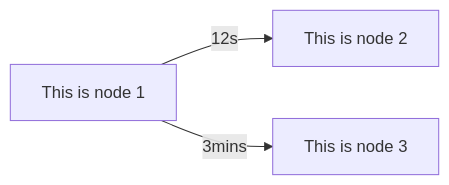
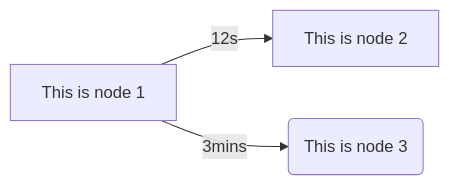
The diagram in README.md (samsmithnz/MermaidDotNet), drawn with Mermaid before and after one commit. The commit also changed other lines of this file, not shown here.

````diff
--- a/README.md
+++ b/README.md
@@ -38,8 +38,8 @@
 ```mermaid  
 flowchart LR
     node1[This is node 1]
     node2[This is node 2]
-    node3[This is node 3]
+    node3(This is node 3)
     node1--12s-->node2
     node1--3mins-->node3
 ```
````
